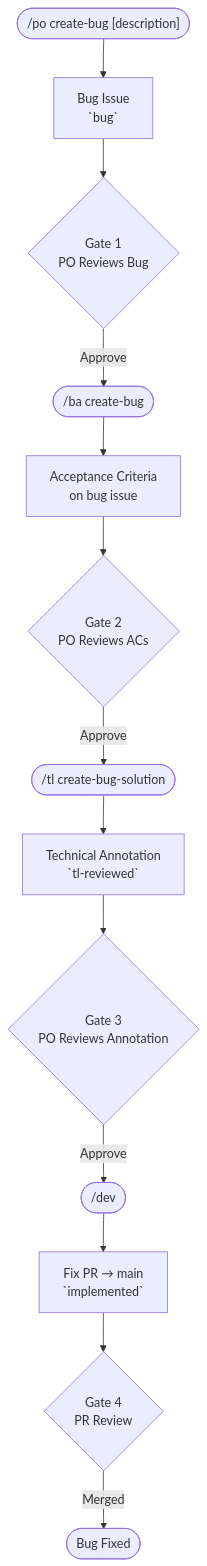
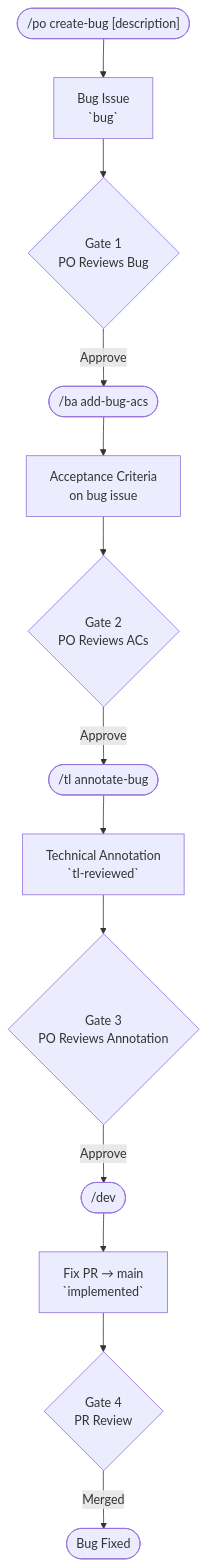
Before and after one commit to simpscal/notism: the second of 4 diagrams in README.md, drawn with Mermaid. The commit also changed other lines of this file and 15 other files, not shown here.

````diff
--- a/README.md
+++ b/README.md
@@ -64,15 +64,15 @@
 ```mermaid
 flowchart TD
     A(["/po create-bug [description]"]) --> B["Bug Issue<br/>`bug`"]
     B --> G1{Gate 1<br/>PO Reviews Bug}
-    G1 -->|Approve| C(["/ba create-bug <issue>"])
+    G1 -->|Approve| C(["/ba add-bug-acs <issue>"])
     C --> D["Acceptance Criteria<br/>on bug issue"]
     D --> G2{Gate 2<br/>PO Reviews ACs}
-    G2 -->|Approve| E(["/tl create-bug-solution <issue>"])
+    G2 -->|Approve| E(["/tl annotate-bug <issue>"])
     E --> F["Technical Annotation<br/>`tl-reviewed`"]
     F --> G3{Gate 3<br/>PO Reviews Annotation}
     G3 -->|Approve| H(["/dev <issue>"])
     H --> I["Fix PR → main<br/>`implemented`"]
     I --> G4{Gate 4<br/>PR Review}
     G4 -->|Merged| J([Bug Fixed])
 ```
````
